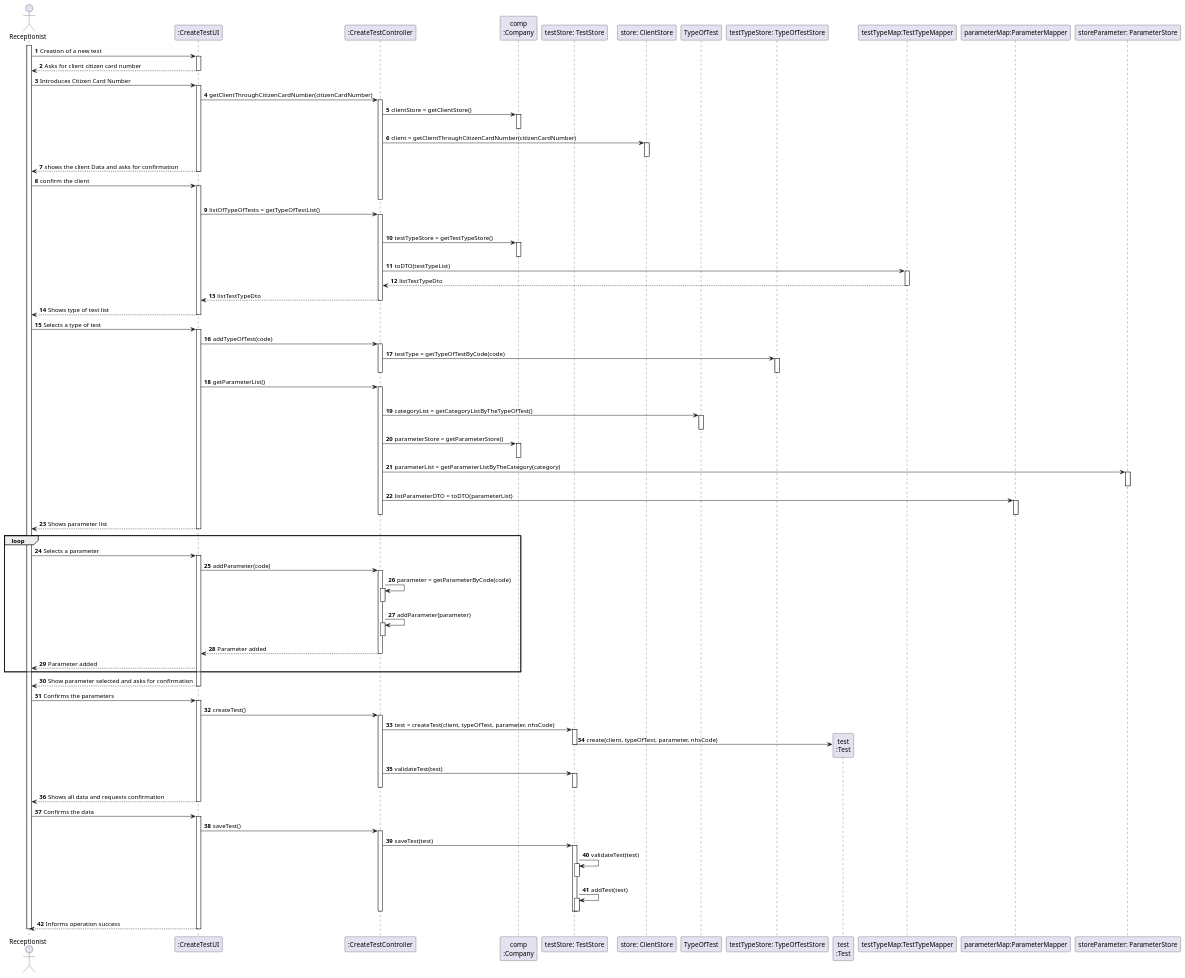
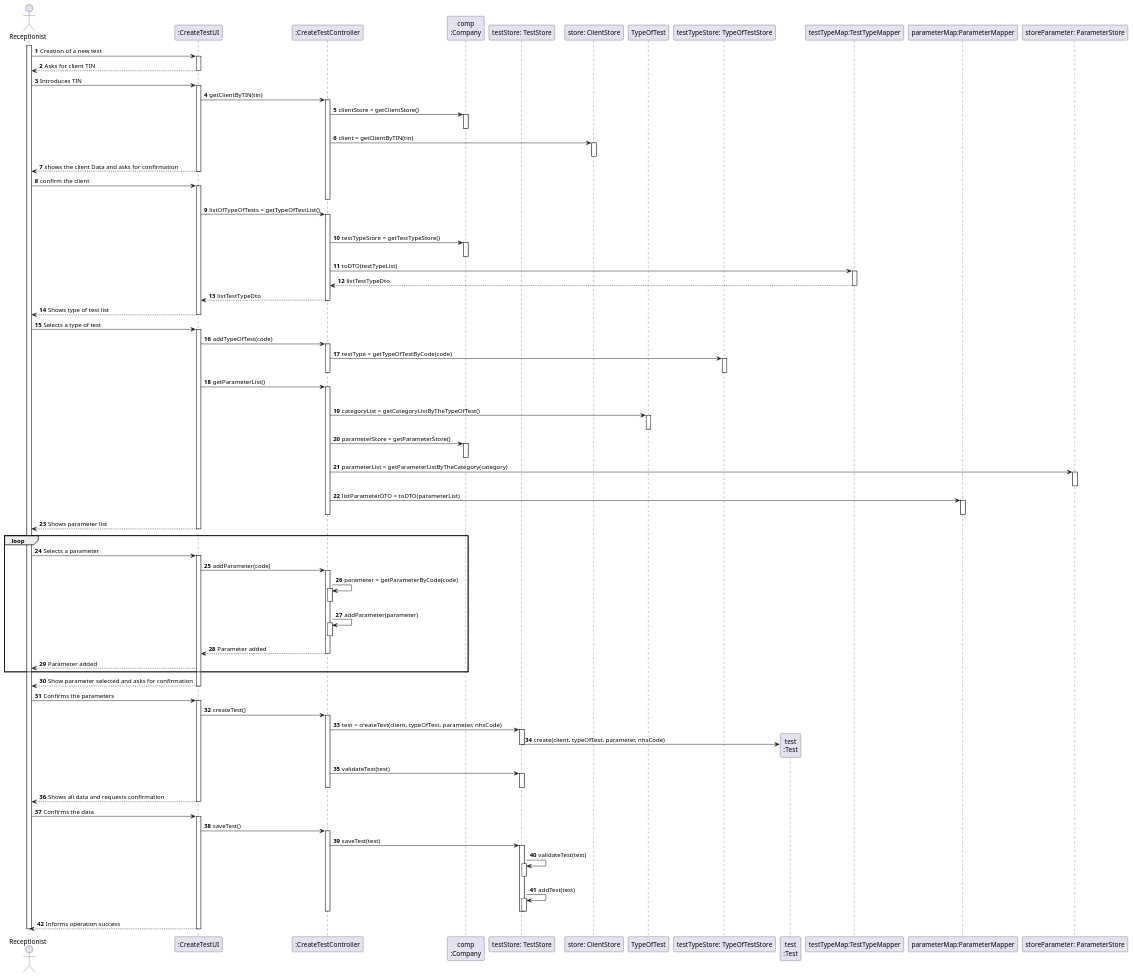
Before and after one commit to GuilhermeCunha79/lapr2: the diagram in docs/SprintC/US4/UC4_SD.puml, drawn with PlantUML. The commit also changed 7 other files, not shown here.

```diff
--- a/docs/SprintC/US4/UC4_SD.puml
+++ b/docs/SprintC/US4/UC4_SD.puml
@@ -26,11 +26,11 @@
 activate REC
 REC -> UI : Creation of a new test
 activate UI
-UI --> REC :Asks for client citizen card number
+UI --> REC :Asks for client TIN
 deactivate UI
-REC -> UI : Introduces Citizen Card Number
+REC -> UI : Introduces TIN
 activate UI
-UI -> CTRL : getClientThroughCitizenCardNumber(citizenCardNumber)
+UI -> CTRL : getClientByTIN(tin)
 activate CTRL
 
 
@@ -39,7 +39,7 @@
 CTRL -> COMP : clientStore = getClientStore()
 activate COMP
 deactivate COMP
-CTRL -> CSTORE :client = getClientThroughCitizenCardNumber(citizenCardNumber)
+CTRL -> CSTORE :client = getClientByTIN(tin)
 activate CSTORE
 deactivate CSTORE
 
```
